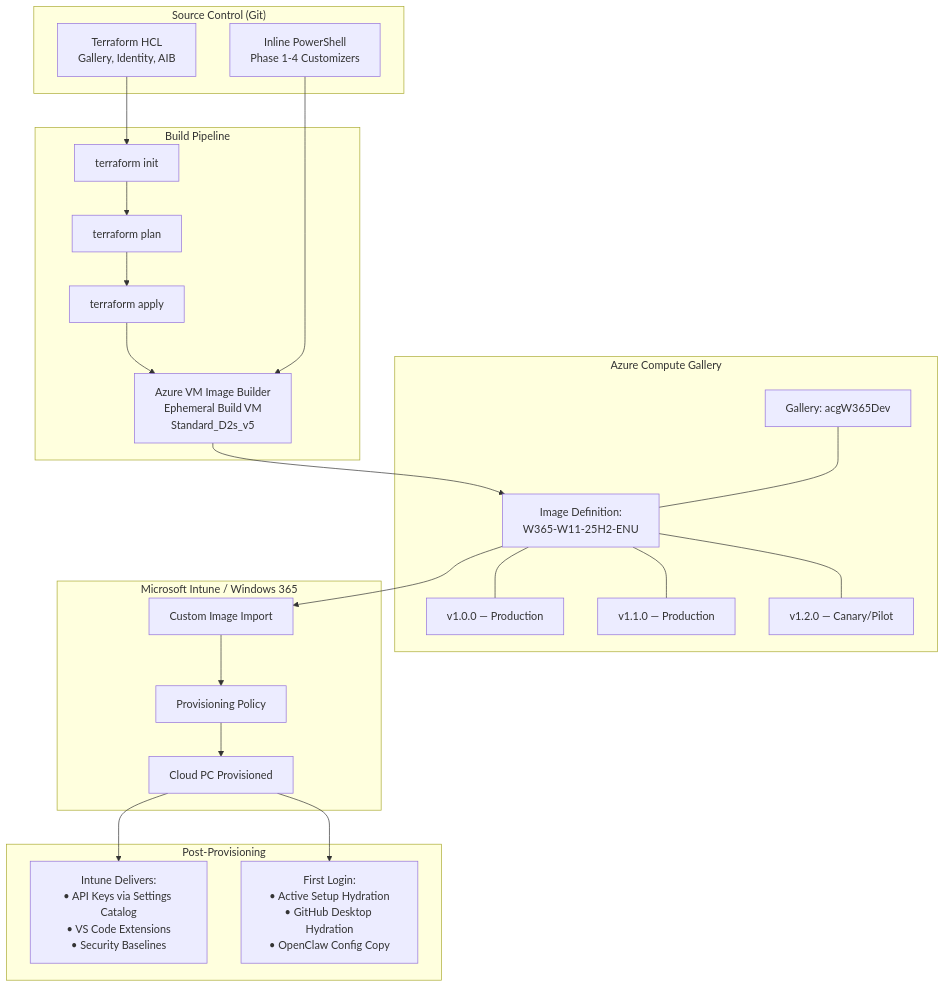
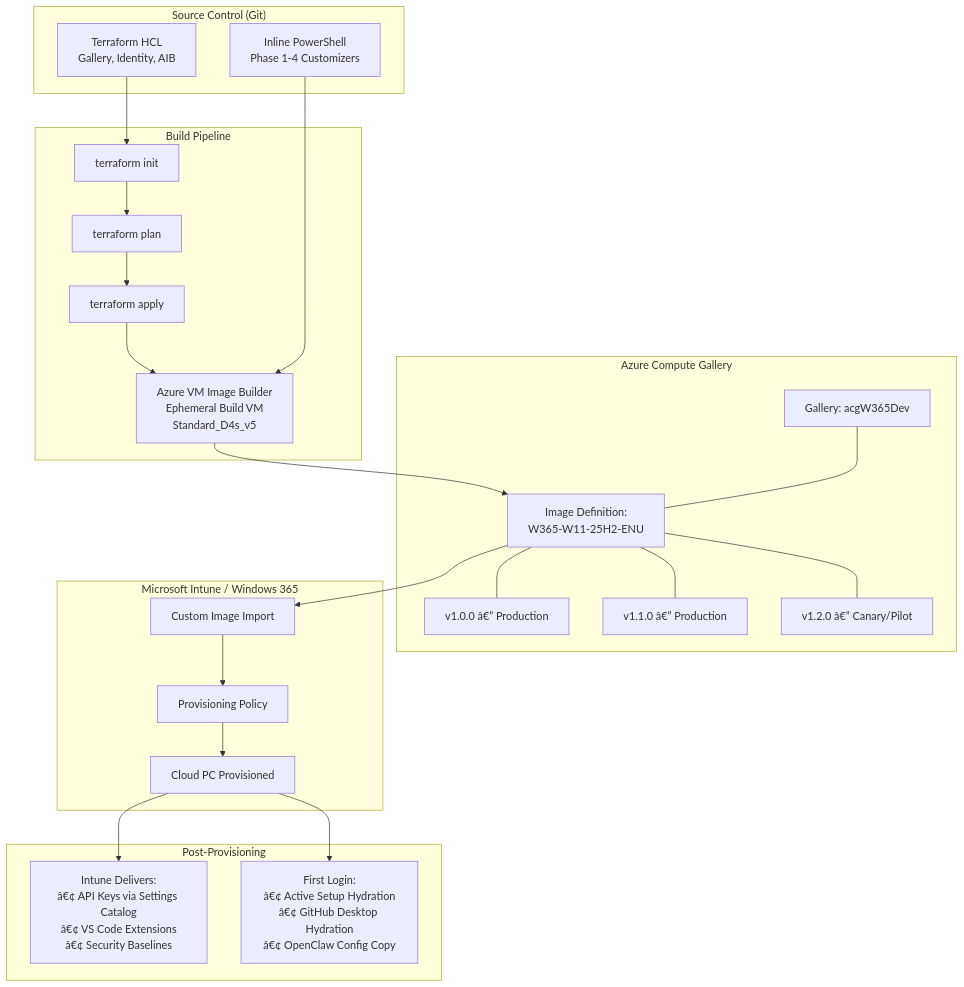
Before and after one commit to kkaminsk/W365ClawBook: the first of 6 diagrams in README.md, drawn with Mermaid. The commit also changed other lines of this file, not shown here.

First line of the commit message:
README: fix encoding and update build defaults

````diff
--- a/README.md
+++ b/README.md
@@ -243,42 +243,42 @@
 ```mermaid
 graph TB
     subgraph "Source Control (Git)"
         TF[Terraform HCL<br/>Gallery, Identity, AIB]
         PS[Inline PowerShell<br/>Phase 1-4 Customizers]
     end
 
     subgraph "Build Pipeline"
         INIT[terraform init]
         PLAN[terraform plan]
         APPLY[terraform apply]
-        AIB[Azure VM Image Builder<br/>Ephemeral Build VM<br/>Standard_D2s_v5]
+        AIB[Azure VM Image Builder<br/>Ephemeral Build VM<br/>Standard_D4s_v5]
     end
 
     subgraph "Azure Compute Gallery"
         GAL[Gallery: acgW365Dev]
         DEF[Image Definition:<br/>W365-W11-25H2-ENU]
-        V1[v1.0.0 — Production]
-        V2[v1.1.0 — Production]
-        V3[v1.2.0 — Canary/Pilot]
+        V1[v1.0.0 â€” Production]
+        V2[v1.1.0 â€” Production]
+        V3[v1.2.0 â€” Canary/Pilot]
     end
 
     subgraph "Microsoft Intune / Windows 365"
         IMPORT[Custom Image Import]
         POLICY[Provisioning Policy]
         CPC[Cloud PC Provisioned]
     end
 
     subgraph "Post-Provisioning"
-        INTUNE[Intune Delivers:<br/>• API Keys via Settings Catalog<br/>• VS Code Extensions<br/>• Security Baselines]
-        LOGIN[First Login:<br/>• Active Setup Hydration<br/>• GitHub Desktop Hydration<br/>• OpenClaw Config Copy]
+        INTUNE[Intune Delivers:<br/>â€¢ API Keys via Settings Catalog<br/>â€¢ VS Code Extensions<br/>â€¢ Security Baselines]
+        LOGIN[First Login:<br/>â€¢ Active Setup Hydration<br/>â€¢ GitHub Desktop Hydration<br/>â€¢ OpenClaw Config Copy]
     end
 
     TF --> INIT --> PLAN --> APPLY --> AIB
     PS --> AIB
     AIB --> DEF
     GAL --- DEF
     DEF --- V1 & V2 & V3
     DEF --> IMPORT --> POLICY --> CPC
     CPC --> INTUNE
     CPC --> LOGIN
 ```
````
